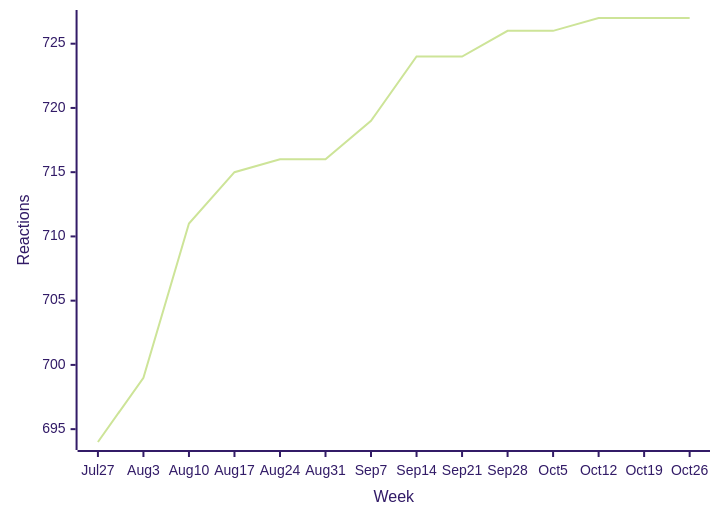
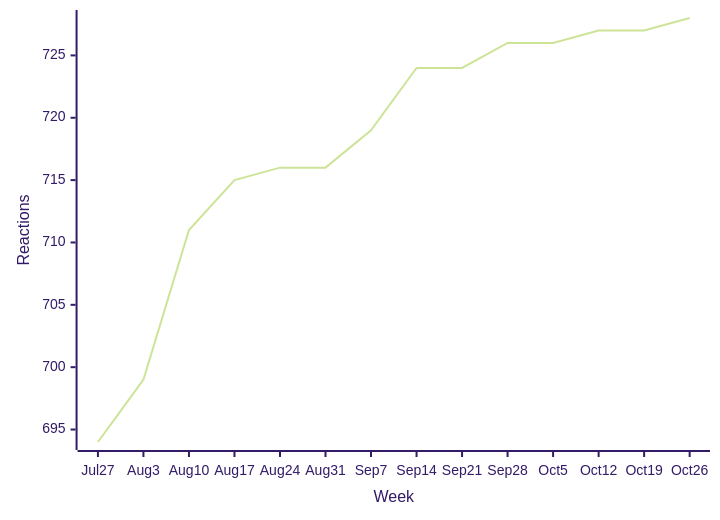
One commit to loic-sharma/github-insights changed the first of 39 diagrams in README.md. Above: the diagram before and after it, drawn with Mermaid (forest theme). The commit also changed other lines of this file and 3 other files, not shown here.

````diff
--- a/README.md
+++ b/README.md
@@ -324,6 +324,6 @@
   ```mermaid
   xychart-beta
     x-axis "Week" [Jul 27, Aug 3, Aug 10, Aug 17, Aug 24, Aug 31, Sep 7, Sep 14, Sep 21, Sep 28, Oct 5, Oct 12, Oct 19, Oct 26]
     y-axis "Reactions"
-    line [694, 699, 711, 715, 716, 716, 719, 724, 724, 726, 726, 727, 727, 727]
+    line [694, 699, 711, 715, 716, 716, 719, 724, 724, 726, 726, 727, 727, 728]
   ```
````
